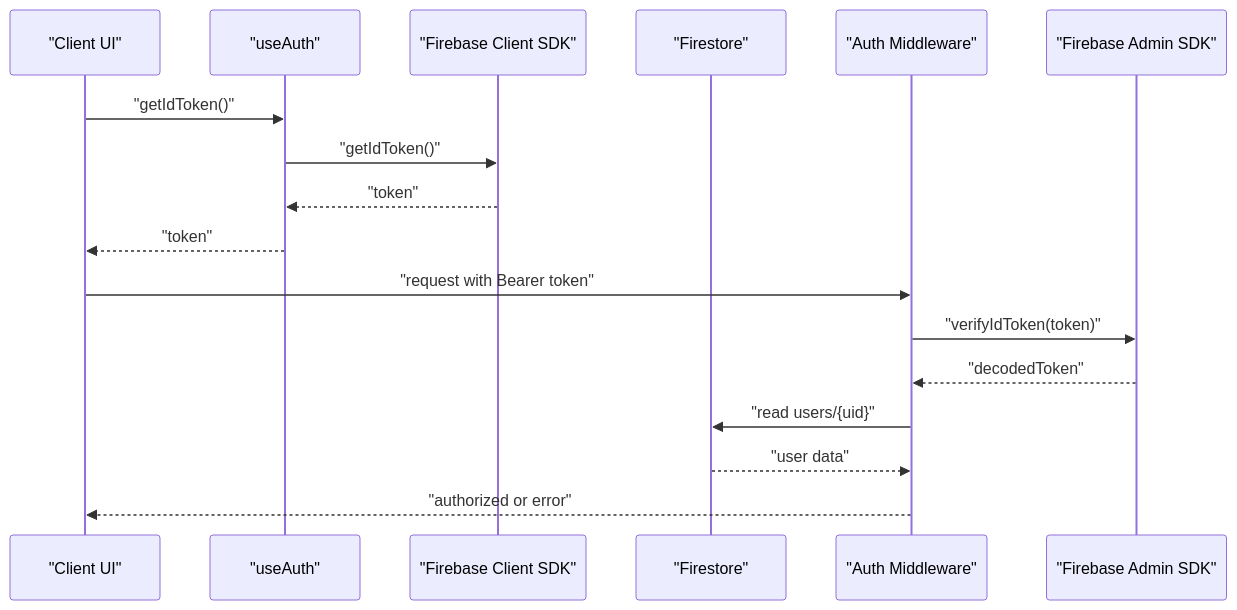
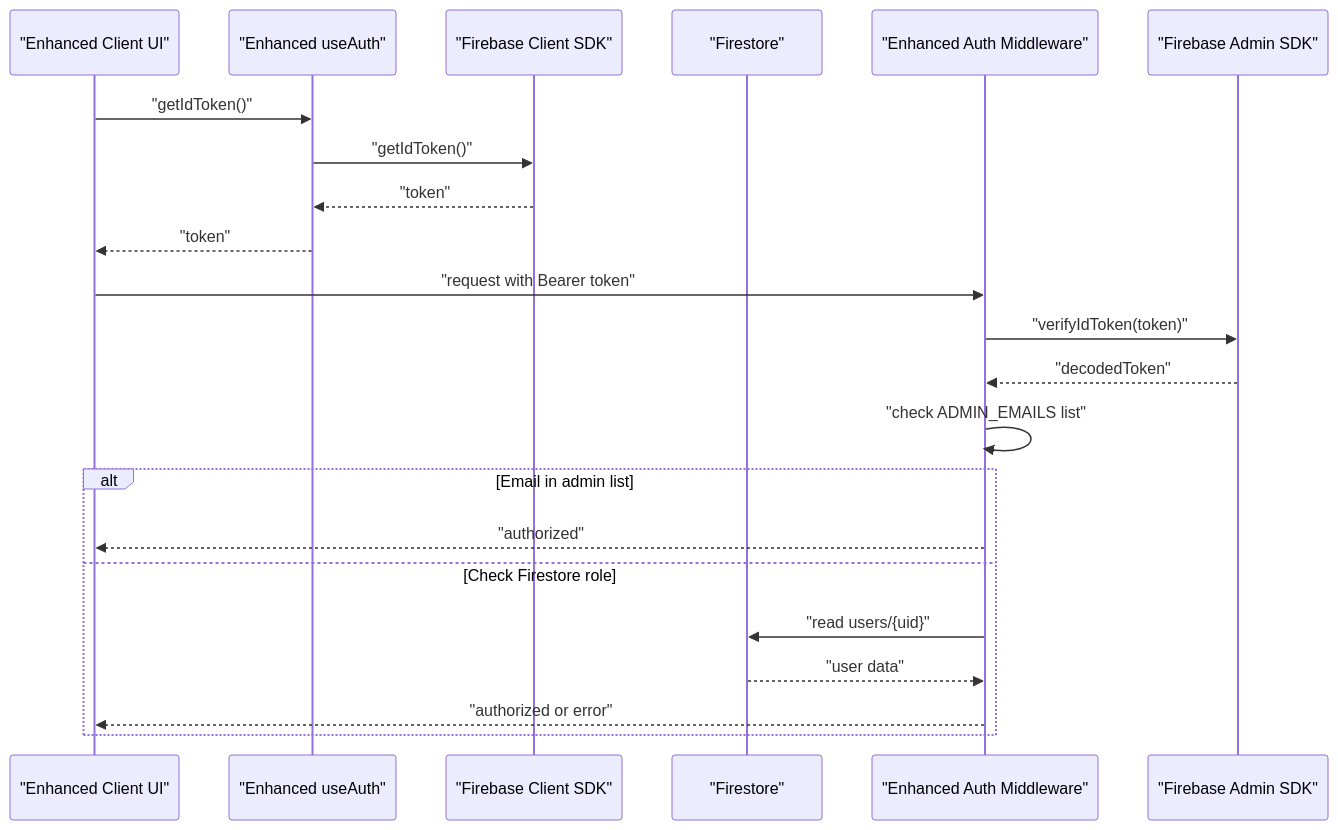
Before and after one commit to alikizang/datafrica: the fifth of 6 diagrams in .qoder/repowiki/en/content/Admin Panel/User Administration System.md, drawn with Mermaid. The commit also changed other lines of this file and 21 other files, not shown here.

````diff
--- a/.qoder/repowiki/en/content/Admin Panel/User Administration System.md
+++ b/.qoder/repowiki/en/content/Admin Panel/User Administration System.md
@@ -232,19 +308,24 @@
 ```mermaid
 sequenceDiagram
-participant UI as "Client UI"
-participant Hook as "useAuth"
+participant UI as "Enhanced Client UI"
+participant Hook as "Enhanced useAuth"
 participant FB as "Firebase Client SDK"
 participant FS as "Firestore"
-participant MW as "Auth Middleware"
+participant MW as "Enhanced Auth Middleware"
 participant FA as "Firebase Admin SDK"
 UI->>Hook : "getIdToken()"
 Hook->>FB : "getIdToken()"
 FB-->>Hook : "token"
 Hook-->>UI : "token"
 UI->>MW : "request with Bearer token"
 MW->>FA : "verifyIdToken(token)"
 FA-->>MW : "decodedToken"
+MW->>MW : "check ADMIN_EMAILS list"
+alt Email in admin list
+MW-->>UI : "authorized"
+else Check Firestore role
 MW->>FS : "read users/{uid}"
 FS-->>MW : "user data"
 MW-->>UI : "authorized or error"
+end
 ```
````
